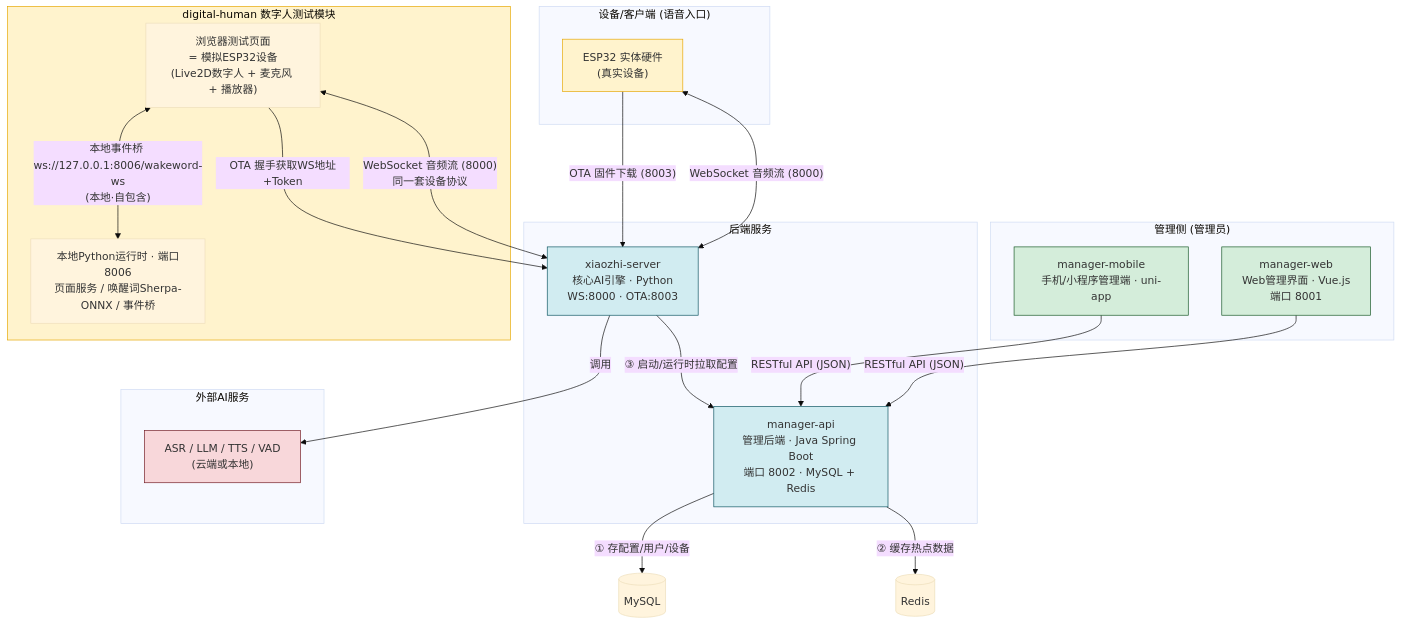
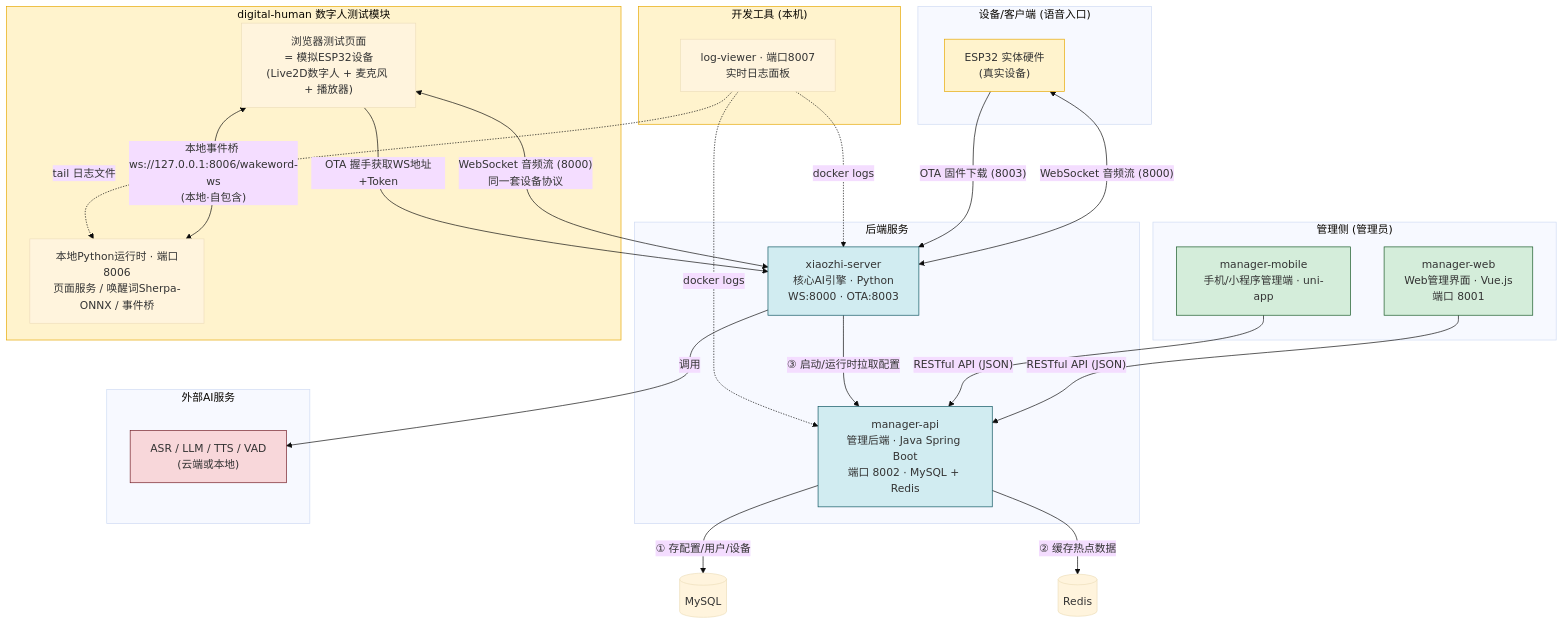
The diagram in my_explorations/docs/component-relationships.md (melbww/xiaozhi-esp32-server), drawn with Mermaid (base theme) before and after one commit. The commit also changed other lines of this file and 14 other files, not shown here.

````diff
--- a/my_explorations/docs/component-relationships.md
+++ b/my_explorations/docs/component-relationships.md
@@ -8,54 +8,64 @@
 ```mermaid
 flowchart TB
     subgraph ADMIN["管理侧 (管理员)"]
         WEB["manager-web<br/>Web管理界面 · Vue.js<br/>端口 8001"]
         MOBILE["manager-mobile<br/>手机/小程序管理端 · uni-app"]
     end
 
     subgraph BACKEND["后端服务"]
         API["manager-api<br/>管理后端 · Java Spring Boot<br/>端口 8002 · MySQL + Redis"]
         SERVER["xiaozhi-server<br/>核心AI引擎 · Python<br/>WS:8000 · OTA:8003"]
     end
 
     subgraph DEVICE["设备/客户端 (语音入口)"]
         ESP32["ESP32 实体硬件<br/>(真实设备)"]
     end
 
     subgraph DH["digital-human 数字人测试模块"]
         DHPAGE["浏览器测试页面<br/>= 模拟ESP32设备<br/>(Live2D数字人 + 麦克风 + 播放器)"]
         DHRT["本地Python运行时 · 端口8006<br/>页面服务 / 唤醒词Sherpa-ONNX / 事件桥"]
+    end
+
+    subgraph OBS["开发工具 (本机)"]
+        LOGV["log-viewer · 端口8007<br/>实时日志面板"]
     end
 
     subgraph AI["外部AI服务"]
         AISVC["ASR / LLM / TTS / VAD<br/>(云端或本地)"]
     end
 
     %% 管理主线
     WEB -- "RESTful API (JSON)" --> API
     MOBILE -- "RESTful API (JSON)" --> API
     API -- "① 存配置/用户/设备" --> DB[("MySQL")]
     API -- "② 缓存热点数据" --> REDIS[("Redis")]
     SERVER -- "③ 启动/运行时拉取配置" --> API
 
     %% 语音主线 - 真实设备
     ESP32 -- "WebSocket 音频流 (8000)" <--> SERVER
     ESP32 -- "OTA 固件下载 (8003)" --> SERVER
 
     %% 语音主线 - 数字人(模拟设备)
     DHPAGE -- "WebSocket 音频流 (8000)<br/>同一套设备协议" <--> SERVER
     DHPAGE -- "OTA 握手获取WS地址+Token" --> SERVER
     DHPAGE -- "本地事件桥 ws://127.0.0.1:8006/wakeword-ws<br/>(本地·自包含)" <--> DHRT
 
+    %% 日志观测(只读)
+    LOGV -. "docker logs" .-> SERVER
+    LOGV -. "docker logs" .-> API
+    LOGV -. "tail 日志文件" .-> DHRT
+
     %% AI 服务
     SERVER -- "调用" --> AISVC
 
     %% 样式
     classDef dev fill:#fff3cd,stroke:#e6a700
     classDef backend fill:#d1ecf1,stroke:#0c5460
     classDef admin fill:#d4edda,stroke:#155724
     classDef ai fill:#f8d7da,stroke:#721c24
     class DH,ESP32 dev
+    class OBS dev
     class API,SERVER backend
     class WEB,MOBILE admin
     class AISVC ai
 ```
````
